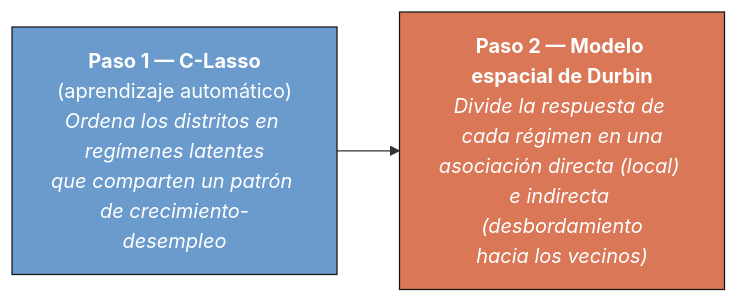
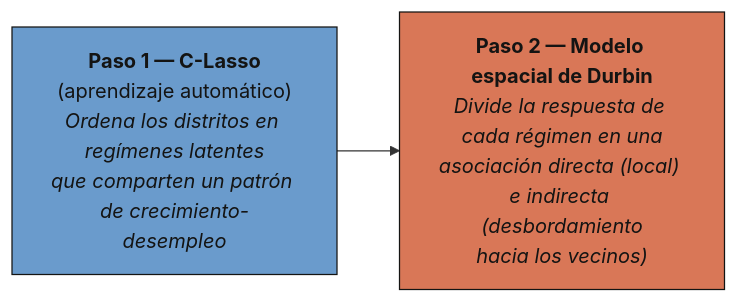
One commit to cmg777/starter-academic-v501 changed the diagram in content/es/publication/20260528-EM/index.md. Above: the diagram before and after it, drawn with Mermaid. The commit also changed 67 other files, not shown here.

First line of the commit message:
fix(mermaid): readable diagram text in both themes across the site

````diff
--- a/content/es/publication/20260528-EM/index.md
+++ b/content/es/publication/20260528-EM/index.md
@@ -98,10 +98,10 @@
 ```mermaid
 graph LR
     A["<b>Paso 1 — C-Lasso</b><br/>(aprendizaje automático)<br/><i>Ordena los distritos en regímenes latentes<br/>que comparten un patrón de crecimiento-desempleo</i>"]
     B["<b>Paso 2 — Modelo espacial de Durbin</b><br/><i>Divide la respuesta de cada régimen en una<br/>asociación directa (local) e indirecta (desbordamiento<br/>hacia los vecinos)</i>"]
 
     A --> B
 
-    style A fill:#6a9bcc,stroke:#141413,color:#fff
-    style B fill:#d97757,stroke:#141413,color:#fff
+    style A fill:#6a9bcc,stroke:#141413,color:#141413
+    style B fill:#d97757,stroke:#141413,color:#141413
 ```
````
